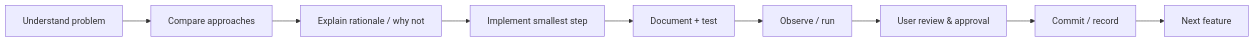
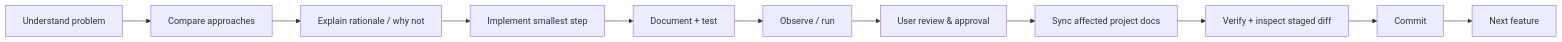
Before and after one commit to fa-ribeiro/vLab2D: the third of 4 diagrams in docs/project/project-map.md, drawn with Mermaid. The commit also changed other lines of this file and 7 other files, not shown here.

````diff
--- a/docs/project/project-map.md
+++ b/docs/project/project-map.md
@@ -81,11 +81,13 @@
 ```mermaid
 flowchart LR
     A[Understand problem] --> B[Compare approaches]
     B --> C[Explain rationale / why not]
     C --> D[Implement smallest step]
     D --> E[Document + test]
     E --> F[Observe / run]
     F --> G[User review & approval]
-    G --> H[Commit / record]
-    H --> I[Next feature]
+    G --> H[Sync affected project docs]
+    H --> I[Verify + inspect staged diff]
+    I --> J[Commit]
+    J --> K[Next feature]
 ```
````
